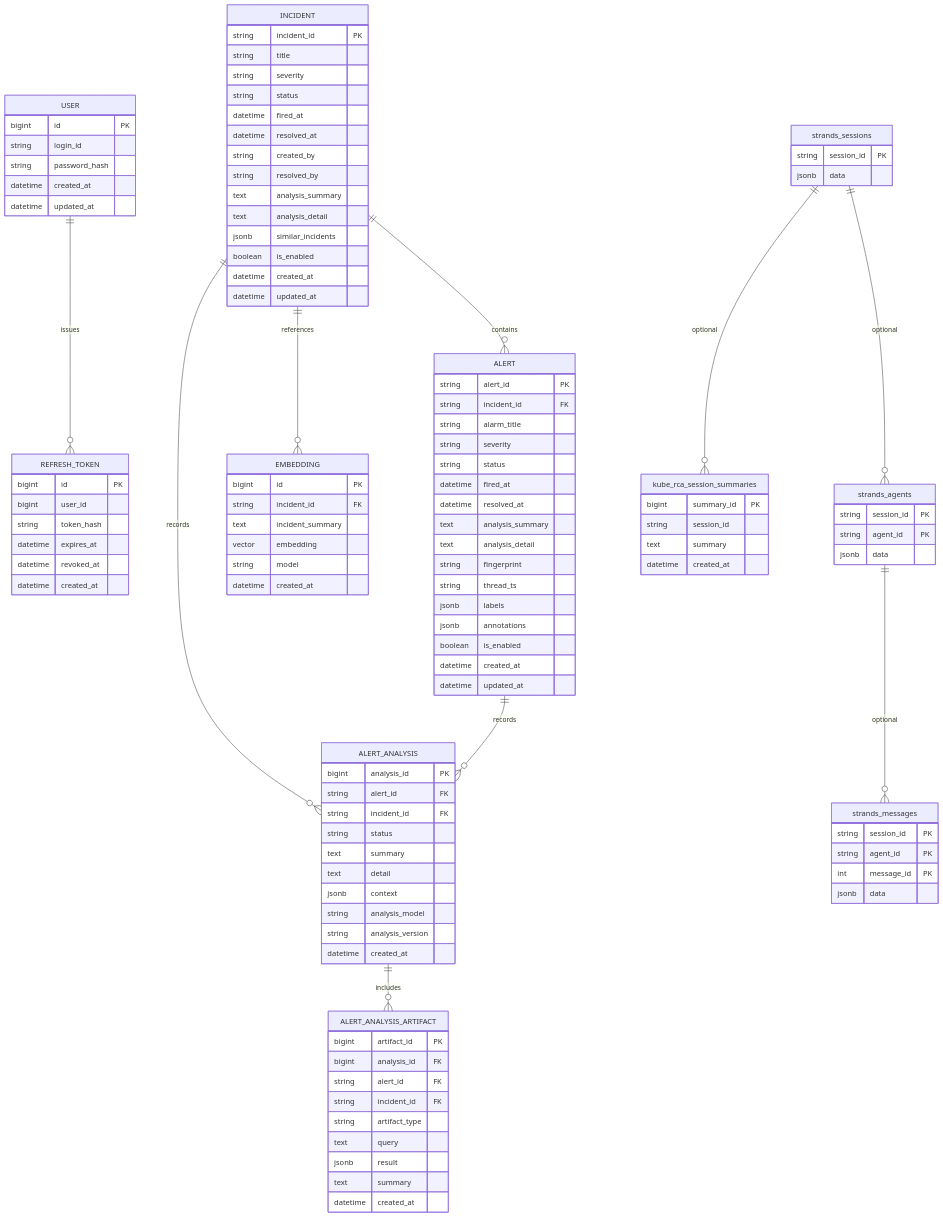
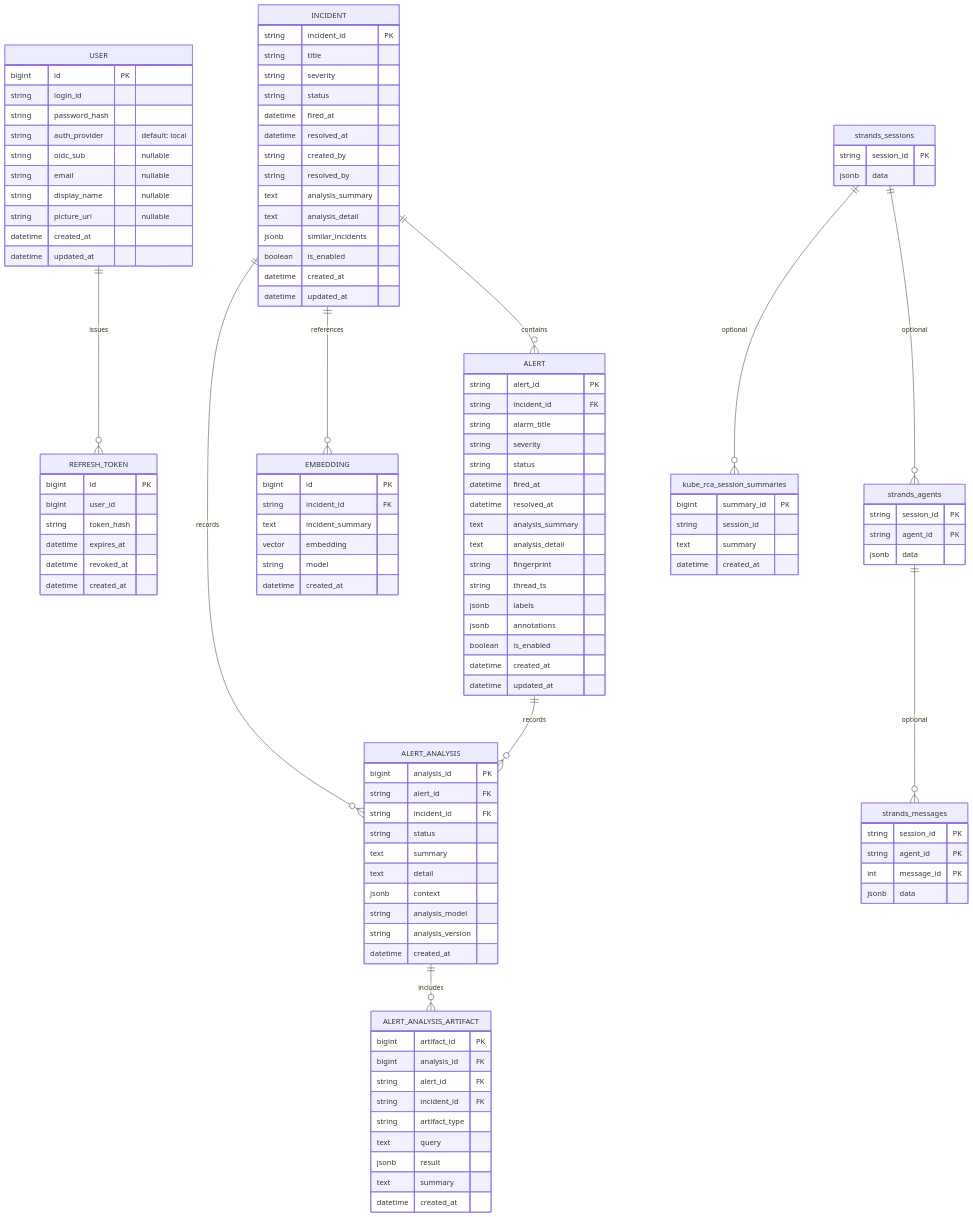
One commit to kube-rca/kuberca changed the diagram in docs/diagrams/entity_relationship_diagram.md. Above: the diagram before and after it, drawn with Mermaid. The commit also changed 4 other files, not shown here.

First line of the commit message:
docs: add OIDC authentication flow to diagrams and architecture

```diff
--- a/docs/diagrams/entity_relationship_diagram.md
+++ b/docs/diagrams/entity_relationship_diagram.md
@@ -15,6 +15,11 @@
     bigint id PK
     string login_id
     string password_hash
+    string auth_provider "default: local"
+    string oidc_sub "nullable"
+    string email "nullable"
+    string display_name "nullable"
+    string picture_url "nullable"
     datetime created_at
     datetime updated_at
   }
```
